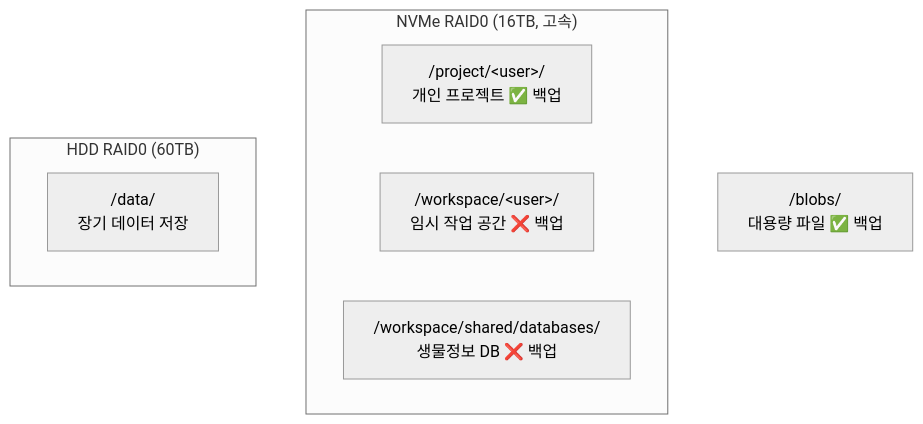
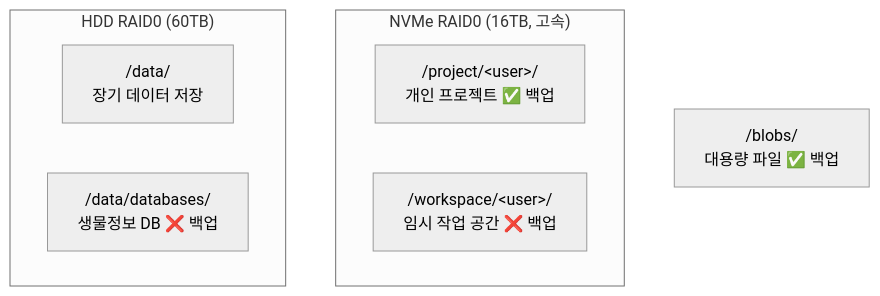
One commit to SBEE-Lab/infra changed the diagram in docs/dev/index.md. Above: the diagram before and after it, drawn with Mermaid (neutral theme). The commit also changed other lines of this file and 2 other files, not shown here.

Commit message:
refactor(db-sync): move database root to /data/databases (HDD)
Network speed (~14-41 MB/s) is the bottleneck, not disk I/O.
HDD sequential write (200+ MB/s) is more than sufficient.
Frees SSD space on /workspace for compute workloads.

````diff
--- a/docs/dev/index.md
+++ b/docs/dev/index.md
@@ -15,12 +15,12 @@
 ```mermaid
 graph TD
   subgraph ssd["NVMe RAID0 (16TB, 고속)"]
     project["/project/&lt;user&gt;/<br/>개인 프로젝트 ✅ 백업"]
     workspace["/workspace/&lt;user&gt;/<br/>임시 작업 공간 ❌ 백업"]
-    shared["/workspace/shared/databases/<br/>생물정보 DB ❌ 백업"]
   end
   subgraph hdd["HDD RAID0 (60TB)"]
     data["/data/<br/>장기 데이터 저장"]
+    databases["/data/databases/<br/>생물정보 DB ❌ 백업"]
   end
   blobs["/blobs/<br/>대용량 파일 ✅ 백업"]
 ```
````
